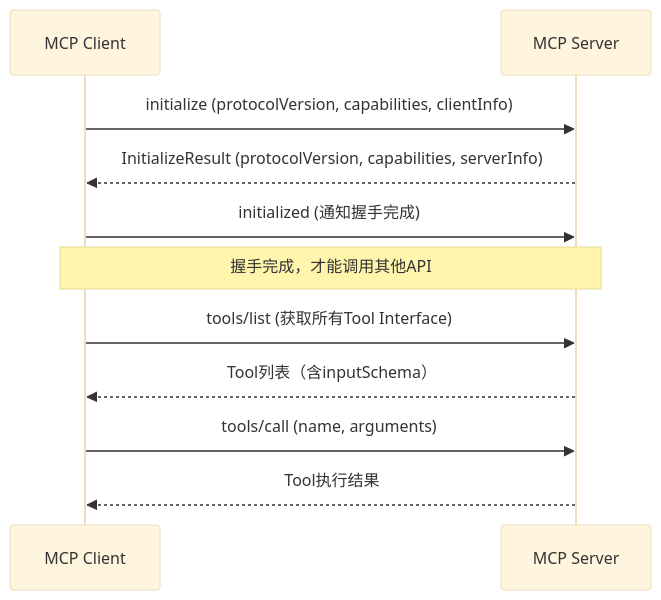
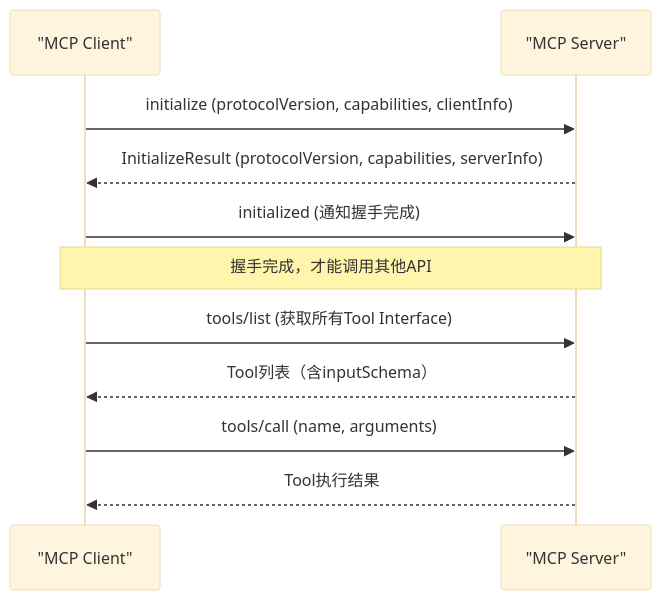
The second of 3 diagrams in docs/knowledge/learning/agent-interface-deep-dive/04-agent-protocol.md (xinetzone/SpecWeave), drawn with Mermaid (base theme) before and after one commit. The commit also changed other lines of this file and 107 other files, not shown here.

First line of the commit message:
style(mermaid): check-mermaid --fix自动修复-移除空行+补充引号+subgraph标签

````diff
--- a/docs/knowledge/learning/agent-interface-deep-dive/04-agent-protocol.md
+++ b/docs/knowledge/learning/agent-interface-deep-dive/04-agent-protocol.md
@@ -76,17 +74,13 @@
 ```mermaid
 sequenceDiagram
-    participant Client as MCP Client
-    participant Server as MCP Server
-
+    participant Client as "MCP Client"
+    participant Server as "MCP Server"
     Client->>Server: initialize (protocolVersion, capabilities, clientInfo)
     Server-->>Client: InitializeResult (protocolVersion, capabilities, serverInfo)
     Client->>Server: initialized (通知握手完成)
-    
     Note over Client,Server: 握手完成，才能调用其他API
-    
     Client->>Server: tools/list (获取所有Tool Interface)
     Server-->>Client: Tool列表（含inputSchema）
-    
     Client->>Server: tools/call (name, arguments)
     Server-->>Client: Tool执行结果
 ```
````
